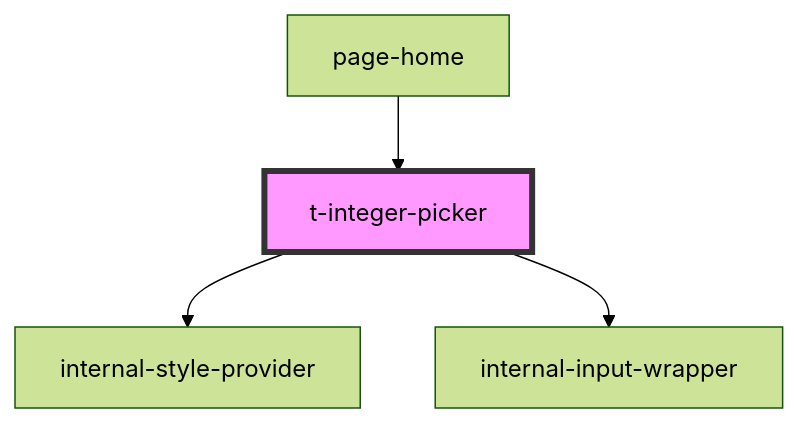
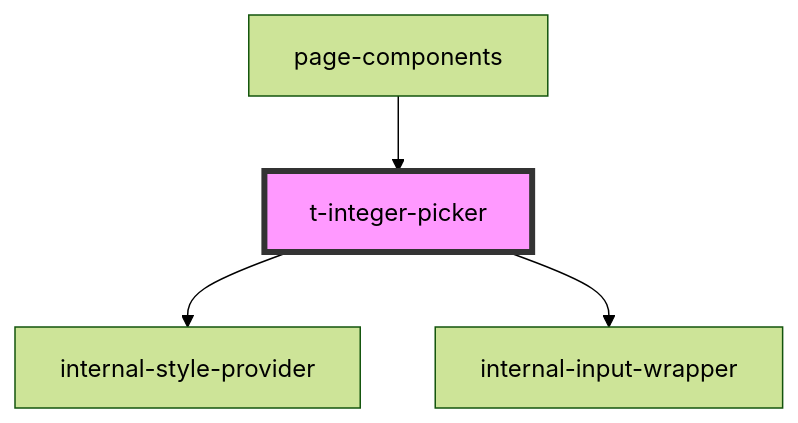
The diagram in packages/stencil/src/components/t-integer-picker/readme.md (TomasEng/web-components), drawn with Mermaid (forest theme) before and after one commit. The commit also changed other lines of this file and 37 other files, not shown here.

````diff
--- a/packages/stencil/src/components/t-integer-picker/readme.md
+++ b/packages/stencil/src/components/t-integer-picker/readme.md
@@ -38,7 +38,7 @@
 ```mermaid
 graph TD;
   t-integer-picker --> internal-style-provider
   t-integer-picker --> internal-input-wrapper
-  page-home --> t-integer-picker
+  page-components --> t-integer-picker
   style t-integer-picker fill:#f9f,stroke:#333,stroke-width:4px
 ```
````
